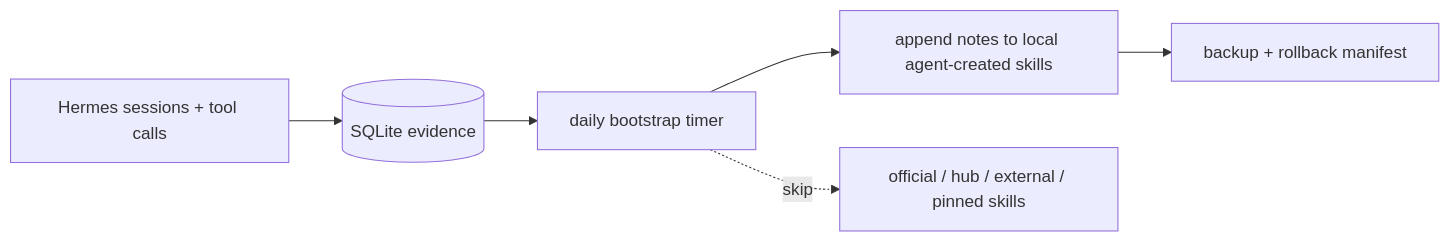
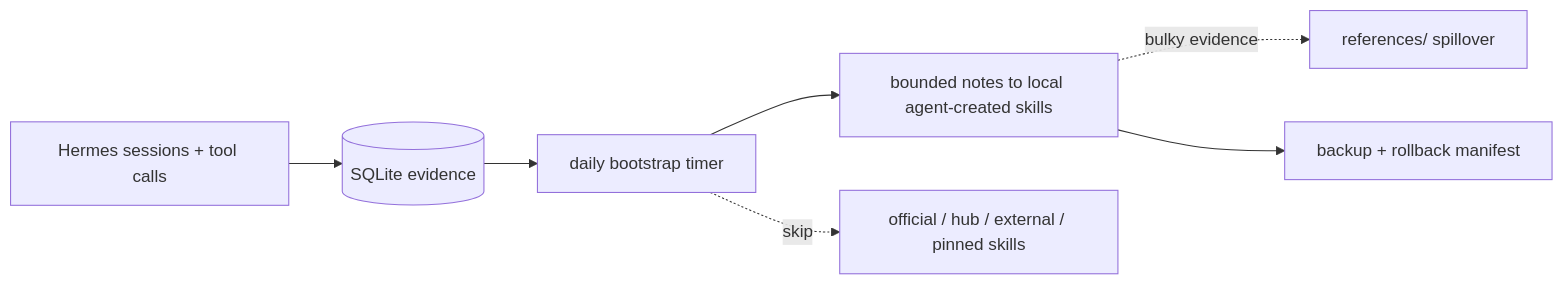
One commit to pingchesu/hermes-curator-evolver changed the first of 2 diagrams in README.md. Above: the diagram before and after it, drawn with Mermaid. The commit also changed other lines of this file and 14 other files, not shown here.

````diff
--- a/README.md
+++ b/README.md
@@ -99,8 +99,9 @@
 ```mermaid
 flowchart LR
     S[Hermes sessions + tool calls] --> DB[(SQLite evidence)]
     DB --> T[daily bootstrap timer]
-    T --> A[append notes to local agent-created skills]
+    T --> A[bounded notes to local agent-created skills]
+    A -. bulky evidence .-> REF[references/ spillover]
     T -. skip .-> P[official / hub / external / pinned skills]
     A --> B[backup + rollback manifest]
 ```
````
